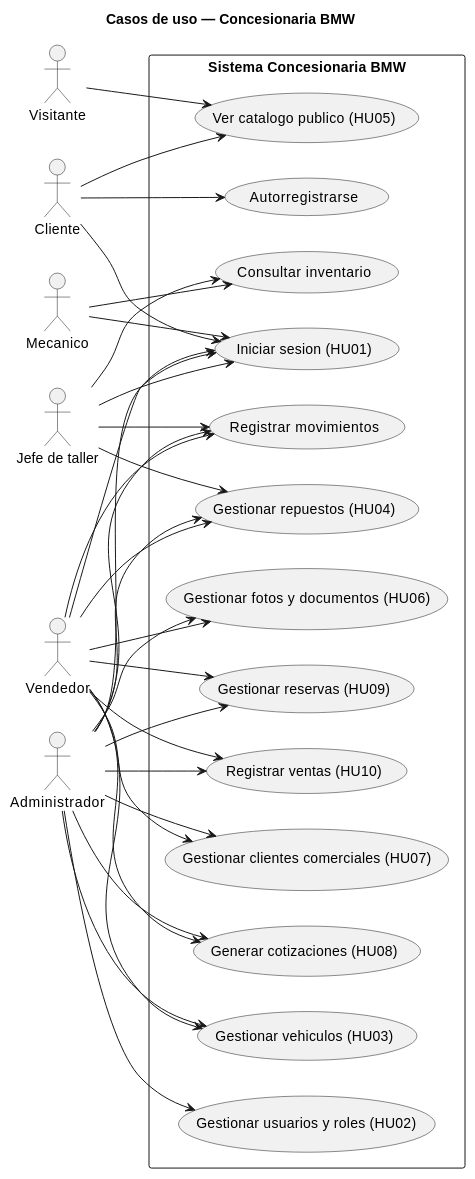
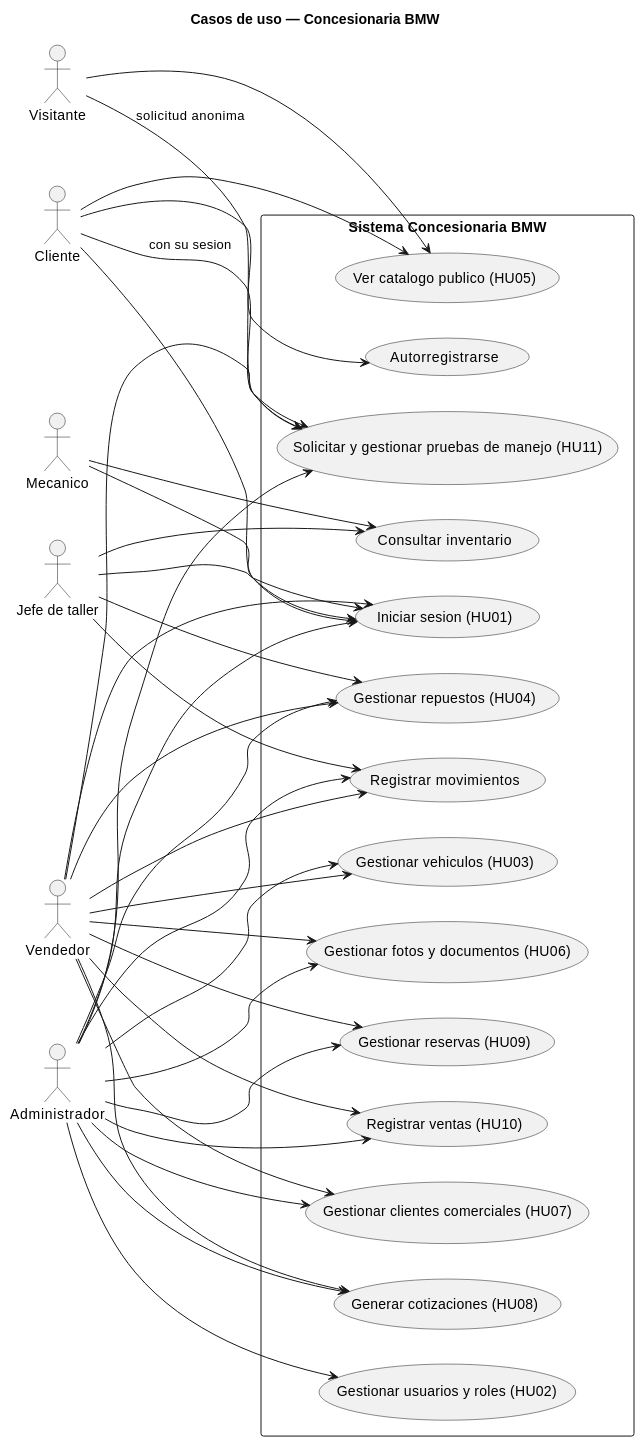
The third of 15 diagrams in documentacion/diagramas.md (dgschahvqvc17/Concesionaria-BMW), drawn with PlantUML before and after one commit. The commit also changed other lines of this file and 32 other files, not shown here.

````diff
--- a/documentacion/diagramas.md
+++ b/documentacion/diagramas.md
@@ -125,64 +128,69 @@
 ```plantuml
 @startuml
 title Casos de uso — Concesionaria BMW
 left to right direction
 skinparam shadowing false
 
 actor "Visitante" as visitante
 actor "Cliente" as cliente
 actor "Mecanico" as mecanico
 actor "Jefe de taller" as jefe
 actor "Vendedor" as vendedor
 actor "Administrador" as admin
 
 rectangle "Sistema Concesionaria BMW" {
   usecase "Ver catalogo publico (HU05)" as UC_catalogo
   usecase "Autorregistrarse" as UC_registro
   usecase "Iniciar sesion (HU01)" as UC_login
   usecase "Consultar inventario" as UC_consultar
   usecase "Gestionar vehiculos (HU03)" as UC_vehiculos
   usecase "Gestionar fotos y documentos (HU06)" as UC_archivos
   usecase "Gestionar repuestos (HU04)" as UC_repuestos
   usecase "Registrar movimientos" as UC_movimientos
   usecase "Gestionar clientes comerciales (HU07)" as UC_clientes
   usecase "Generar cotizaciones (HU08)" as UC_cotizaciones
   usecase "Gestionar reservas (HU09)" as UC_reservas
   usecase "Registrar ventas (HU10)" as UC_ventas
+  usecase "Solicitar y gestionar pruebas de manejo (HU11)" as UC_pruebas
   usecase "Gestionar usuarios y roles (HU02)" as UC_usuarios
 }
 
 visitante --> UC_catalogo
+visitante --> UC_pruebas : solicitud anonima
 cliente --> UC_catalogo
 cliente --> UC_registro
 cliente --> UC_login
+cliente --> UC_pruebas : con su sesion
 
 mecanico --> UC_login
 mecanico --> UC_consultar
 
 jefe --> UC_login
 jefe --> UC_consultar
 jefe --> UC_repuestos
 jefe --> UC_movimientos
 
 vendedor --> UC_login
 vendedor --> UC_vehiculos
 vendedor --> UC_archivos
 vendedor --> UC_repuestos
 vendedor --> UC_movimientos
 vendedor --> UC_clientes
 vendedor --> UC_cotizaciones
 vendedor --> UC_reservas
 vendedor --> UC_ventas
+vendedor --> UC_pruebas
 
 admin --> UC_login
 admin --> UC_vehiculos
 admin --> UC_archivos
 admin --> UC_repuestos
 admin --> UC_movimientos
 admin --> UC_clientes
 admin --> UC_cotizaciones
 admin --> UC_reservas
 admin --> UC_ventas
+admin --> UC_pruebas
 admin --> UC_usuarios
 @enduml
 ```
````
